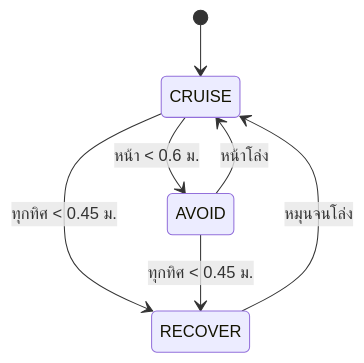
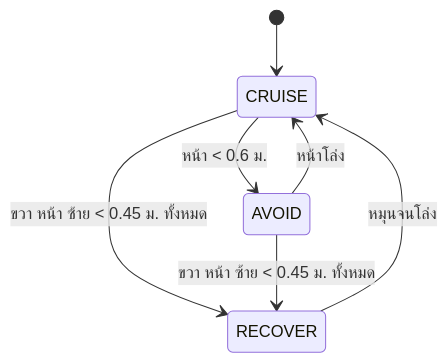
One commit to Taopoon/kmutt-nd69-learning-notes changed the fourth of 6 diagrams in nd3/04-onsite-robotos-workshop.md. Above: the diagram before and after it, drawn with Mermaid. The commit also changed other lines of this file, not shown here.

````diff
--- a/nd3/04-onsite-robotos-workshop.md
+++ b/nd3/04-onsite-robotos-workshop.md
@@ -43,9 +152,9 @@
 ```mermaid
 stateDiagram-v2
     [*] --> CRUISE
     CRUISE --> AVOID: หน้า < 0.6 ม.
     AVOID --> CRUISE: หน้าโล่ง
-    CRUISE --> RECOVER: ทุกทิศ < 0.45 ม.
-    AVOID --> RECOVER: ทุกทิศ < 0.45 ม.
+    CRUISE --> RECOVER: ขวา หน้า ซ้าย < 0.45 ม. ทั้งหมด
+    AVOID --> RECOVER: ขวา หน้า ซ้าย < 0.45 ม. ทั้งหมด
     RECOVER --> CRUISE: หมุนจนโล่ง
 ```
````
